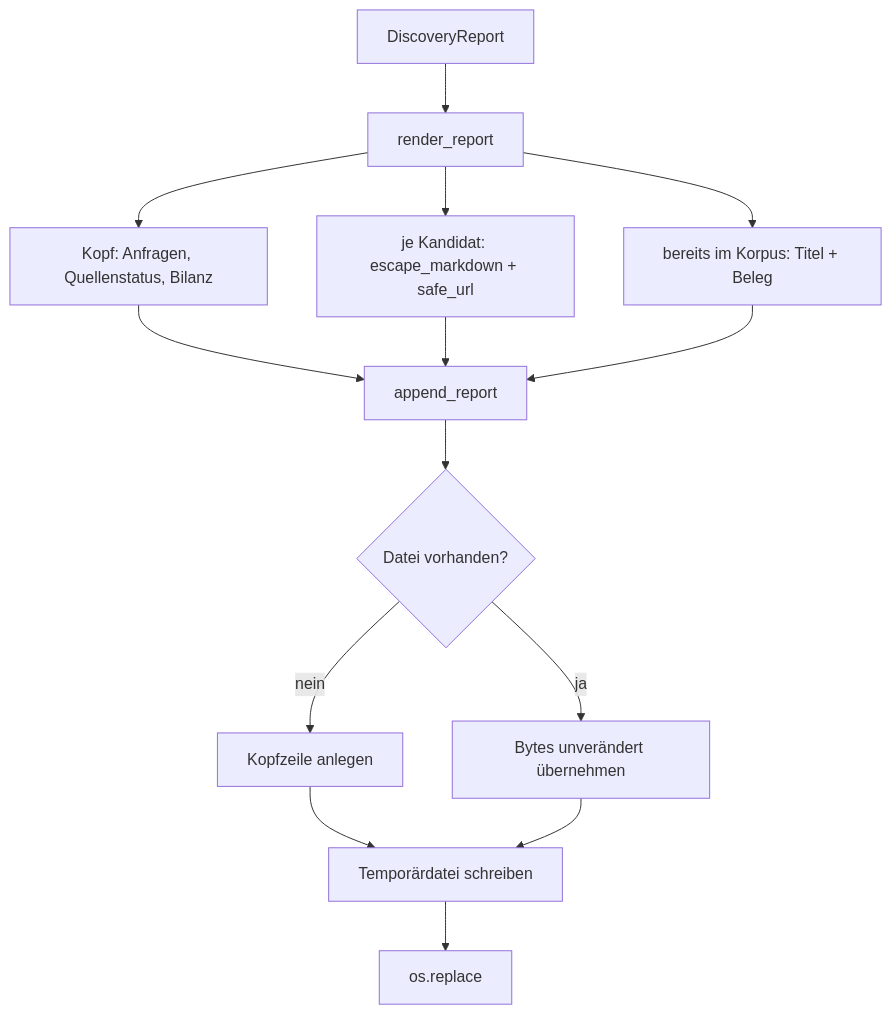
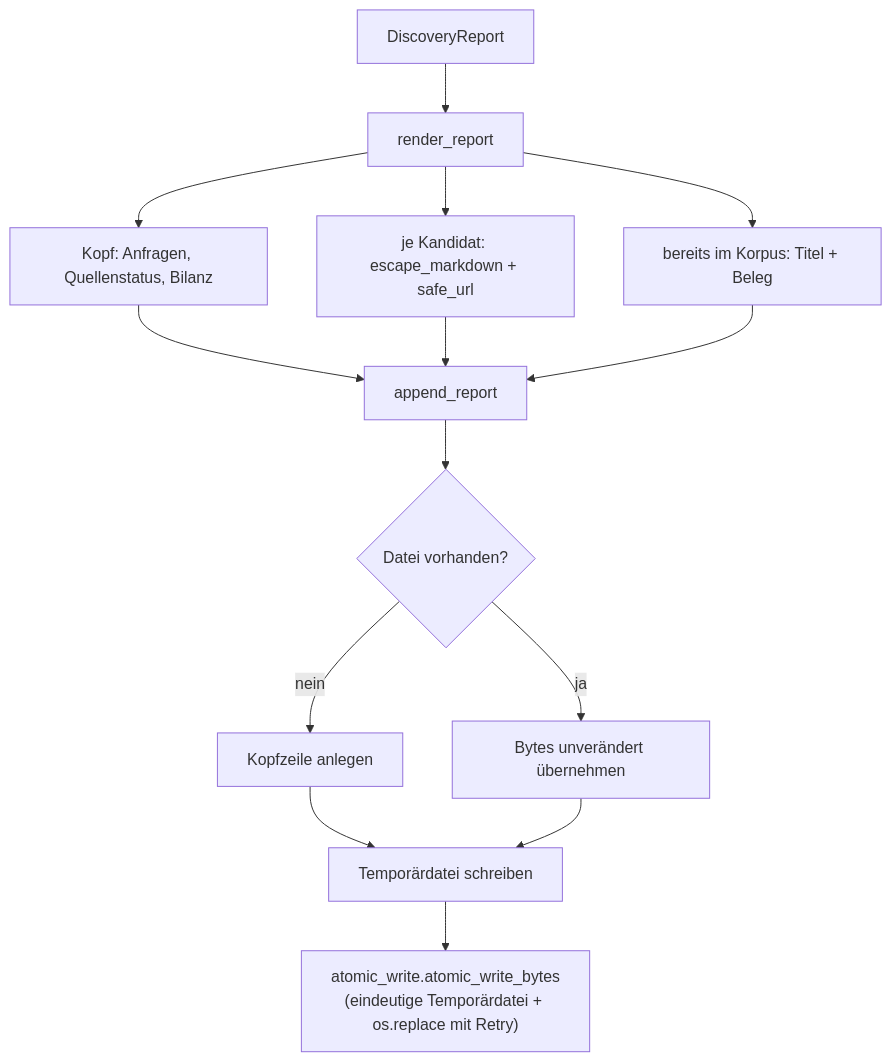
The diagram in src/research_graphrag/online/doc/report.md (MomoEngineer/research-graphrag), drawn with Mermaid before and after one commit. The commit also changed other lines of this file and 15 other files, not shown here.

First line of the commit message:
Implement atomic file writing with retry mechanism for concurrent access

````diff
--- a/src/research_graphrag/online/doc/report.md
+++ b/src/research_graphrag/online/doc/report.md
@@ -45,16 +45,16 @@
 ```mermaid
 flowchart TD
     A["DiscoveryReport"] --> B["render_report"]
     B --> C["Kopf: Anfragen, Quellenstatus, Bilanz"]
     B --> D["je Kandidat: escape_markdown + safe_url"]
     B --> E["bereits im Korpus: Titel + Beleg"]
     C --> F["append_report"]
     D --> F
     E --> F
     F --> G{"Datei vorhanden?"}
     G -- nein --> H["Kopfzeile anlegen"]
     G -- ja --> I["Bytes unverändert übernehmen"]
     H --> J["Temporärdatei schreiben"]
     I --> J
-    J --> K["os.replace"]
+    J --> K["atomic_write.atomic_write_bytes<br/>(eindeutige Temporärdatei + os.replace mit Retry)"]
 ```
````
